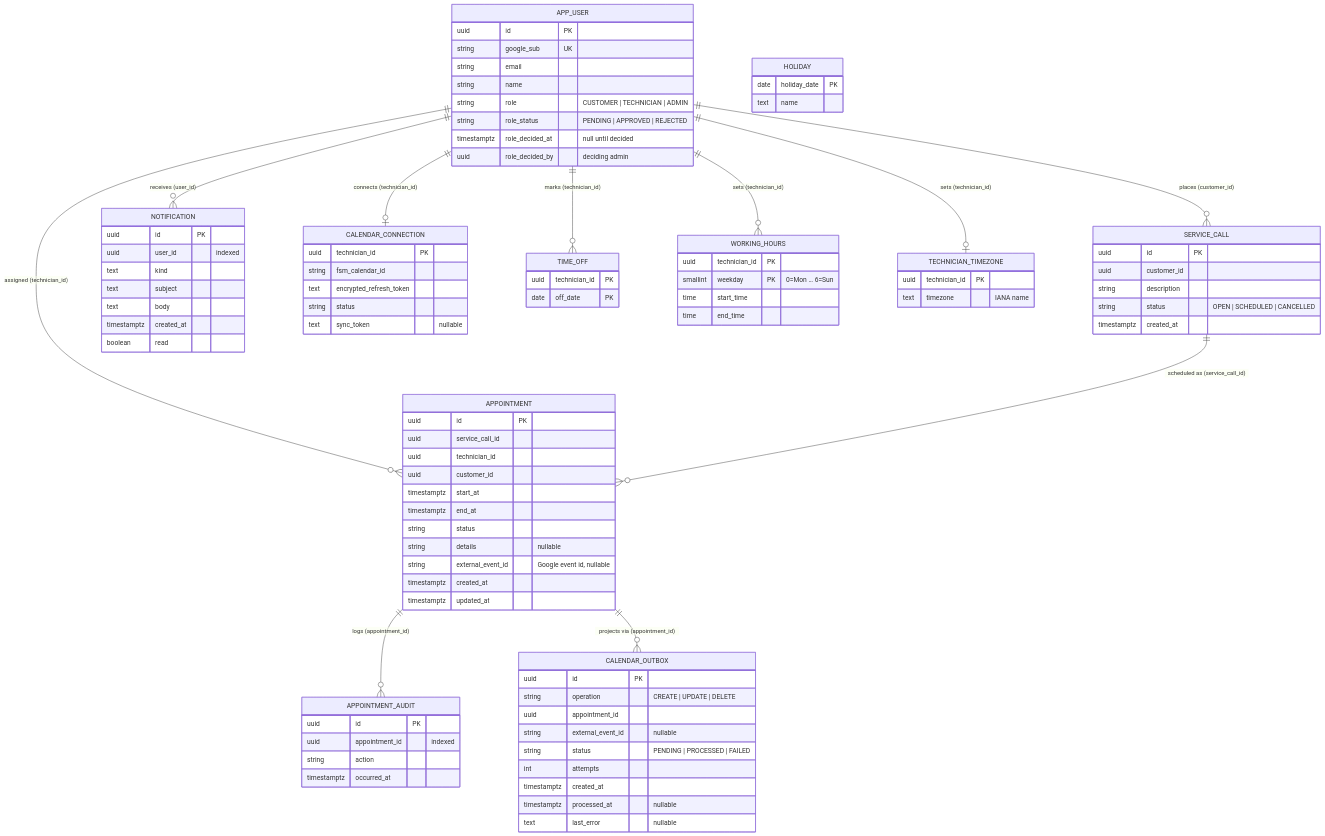
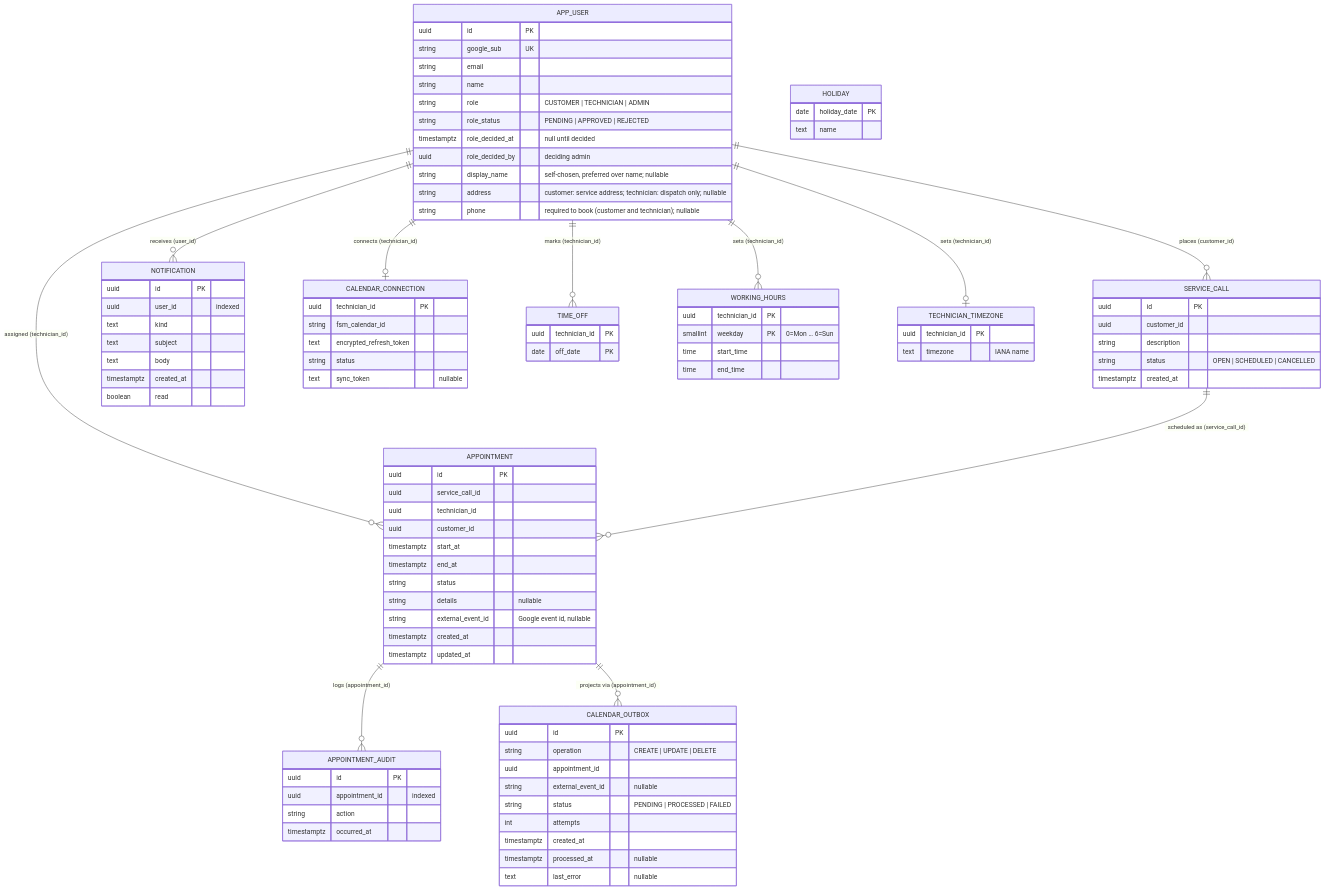
Before and after one commit to erancha/field-service-management: the diagram in docs/data.md, drawn with Mermaid. The commit also changed 2 other files, not shown here.

Commit message:
Align enrichment docstrings and the data model doc with shipped behavior
The context module still described the pre-placeholder degradation (missing fields silently
becoming None with generic renderer fallbacks), the ICS builder overstated SEQUENCE as strictly
increasing when its resolution is one second, and the data-model doc omitted the user profile
columns added in migration 0012.

```diff
--- a/docs/data.md
+++ b/docs/data.md
@@ -33,6 +33,9 @@
         string role_status "PENDING | APPROVED | REJECTED"
         timestamptz role_decided_at "null until decided"
         uuid role_decided_by "deciding admin"
+        string display_name "self-chosen, preferred over name; nullable"
+        string address "customer: service address; technician: dispatch only; nullable"
+        string phone "required to book (customer and technician); nullable"
     }
 
     SERVICE_CALL {
```
